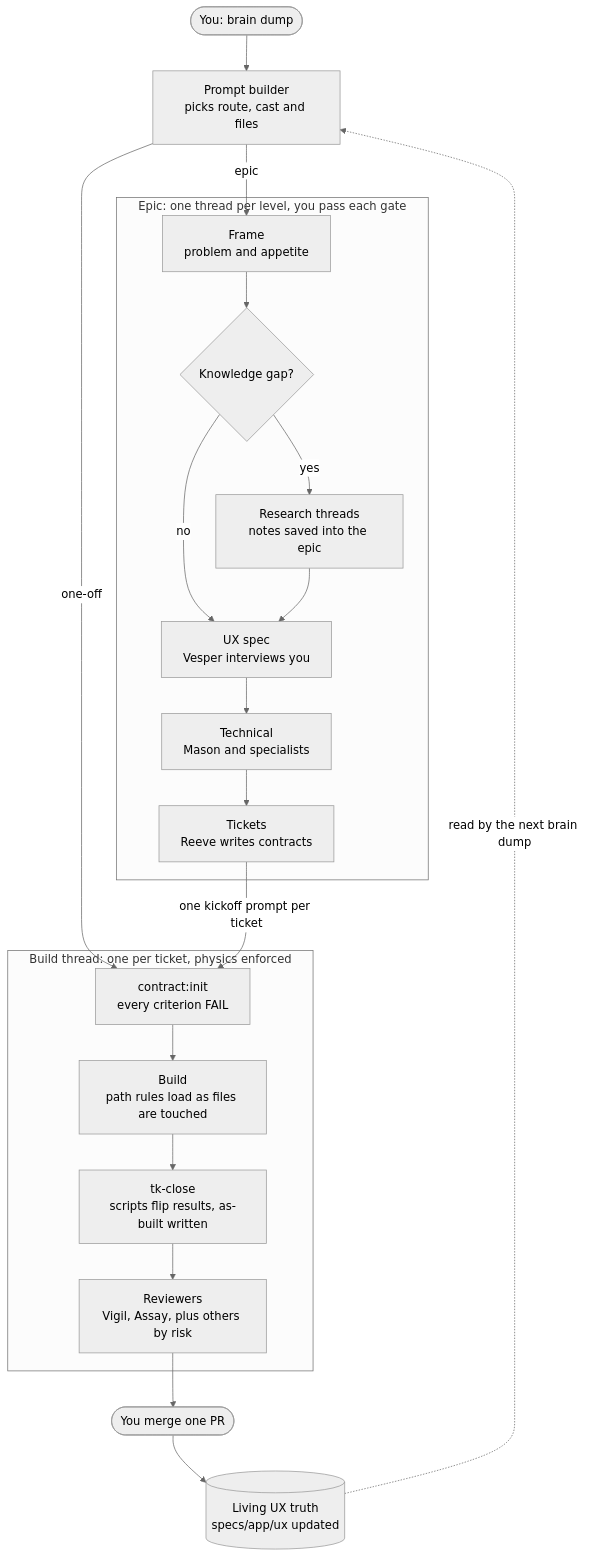
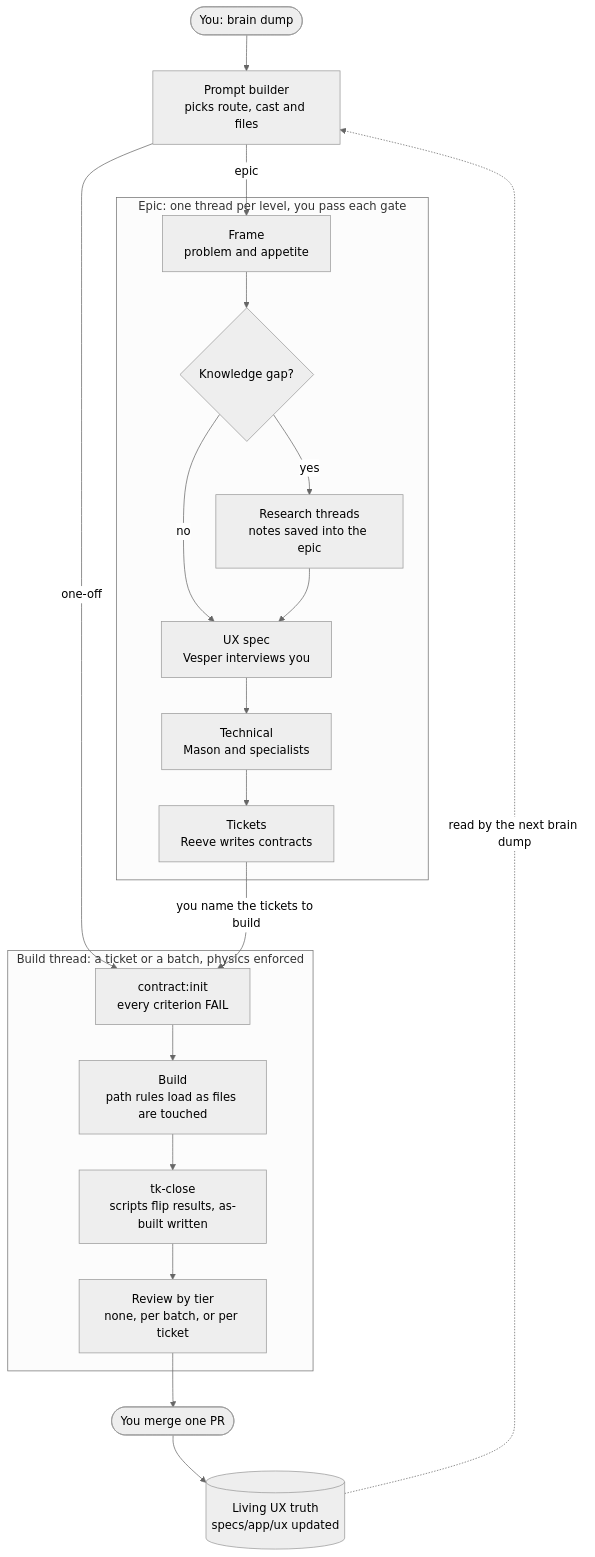
The diagram in docs/workflows/README.md (tayloraucoin/product-engineering-mastery), drawn with Mermaid (neutral theme) before and after one commit. The commit also changed 41 other files, not shown here.

First line of the commit message:
PJ: tickets build in batches; the tier sets the QA (PR-15)

````diff
--- a/docs/workflows/README.md
+++ b/docs/workflows/README.md
@@ -53,23 +53,23 @@
 ```mermaid
 flowchart TD
   you(["You: brain dump"]) --> pb["Prompt builder<br/>picks route, cast and files"]
   pb -->|"one-off"| init
   pb -->|"epic"| frame
   subgraph EPIC["Epic: one thread per level, you pass each gate"]
     frame["Frame<br/>problem and appetite"] --> gap{"Knowledge gap?"}
     gap -->|"yes"| research["Research threads<br/>notes saved into the epic"]
     gap -->|"no"| ux
     research --> ux["UX spec<br/>Vesper interviews you"]
     ux --> tech["Technical<br/>Mason and specialists"]
     tech --> tix["Tickets<br/>Reeve writes contracts"]
   end
-  tix -->|"one kickoff prompt per ticket"| init
-  subgraph BUILD["Build thread: one per ticket, physics enforced"]
+  tix -->|"you name the tickets to build"| init
+  subgraph BUILD["Build thread: a ticket or a batch, physics enforced"]
     init["contract:init<br/>every criterion FAIL"] --> build["Build<br/>path rules load as files are touched"]
     build --> close["tk-close<br/>scripts flip results, as-built written"]
-    close --> rev["Reviewers<br/>Vigil, Assay, plus others by risk"]
+    close --> rev["Review by tier<br/>none, per batch, or per ticket"]
   end
   rev --> merge(["You merge one PR"])
   merge --> truth[("Living UX truth<br/>specs/app/ux updated")]
   truth -.->|"read by the next brain dump"| pb
 ```
````
